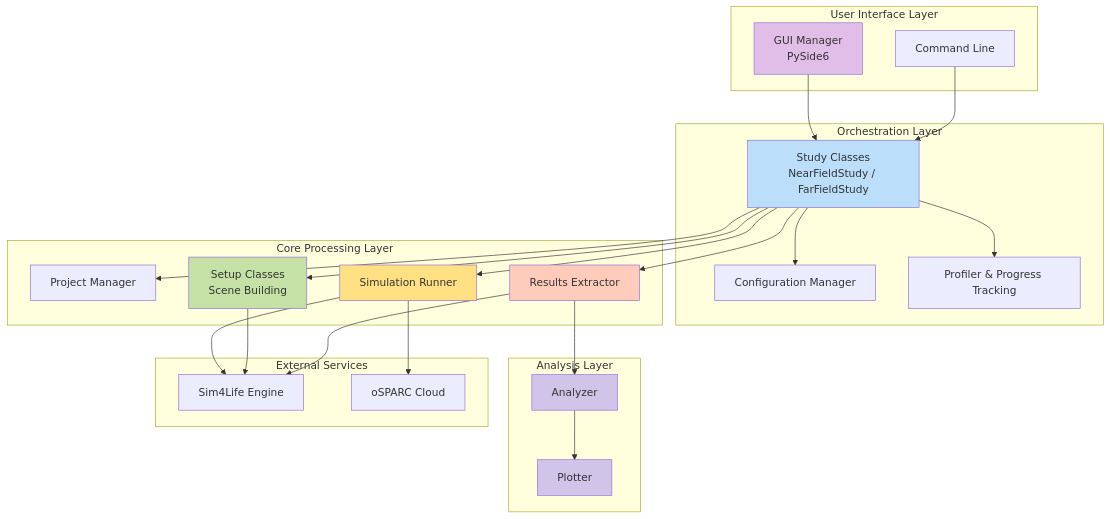
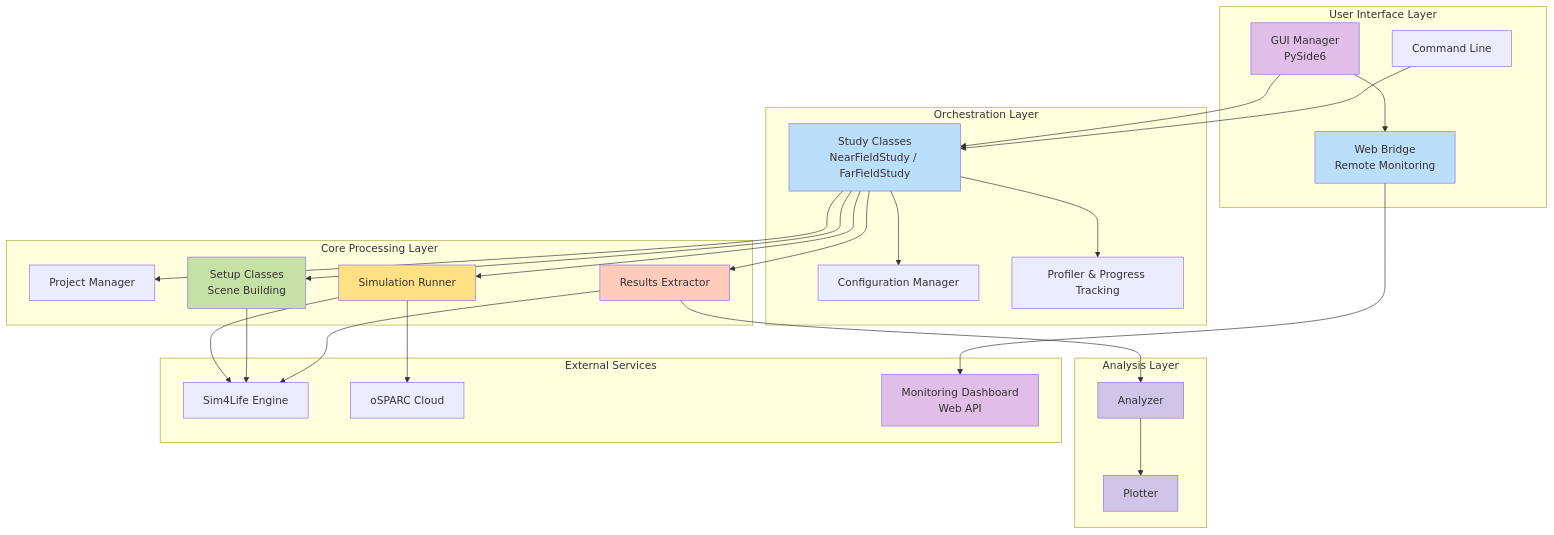
Before and after one commit to rwydaegh/goliat: the first of 2 diagrams in docs/developer_guide/technical_guide.md, drawn with Mermaid. The commit also changed 8 other files, not shown here.

````diff
--- a/docs/developer_guide/technical_guide.md
+++ b/docs/developer_guide/technical_guide.md
@@ -13,53 +13,59 @@
 ```mermaid
 graph TB
     subgraph "User Interface Layer"
         GUI[GUI Manager<br/>PySide6]
         CLI[Command Line]
+        WebBridge[Web Bridge<br/>Remote Monitoring]
     end
     
     subgraph "Orchestration Layer"
         Study[Study Classes<br/>NearFieldStudy / FarFieldStudy]
         Config[Configuration Manager]
         Profiler[Profiler & Progress Tracking]
     end
     
     subgraph "Core Processing Layer"
         PM[Project Manager]
         Setup[Setup Classes<br/>Scene Building]
         Runner[Simulation Runner]
         Extractor[Results Extractor]
     end
 
     subgraph "Analysis Layer"
         Analyzer[Analyzer]
         Plotter[Plotter]
     end
     
     subgraph "External Services"
         S4L[Sim4Life Engine]
         oSPARC[oSPARC Cloud]
+        Dashboard[Monitoring Dashboard<br/>Web API]
     end
     
     GUI --> Study
     CLI --> Study
+    GUI --> WebBridge
+    WebBridge --> Dashboard
     Study --> Config
     Study --> Profiler
     Study --> PM
     Study --> Setup
     Study --> Runner
     Study --> Extractor
     Extractor --> Analyzer
     Analyzer --> Plotter
     Runner --> S4L
     Runner --> oSPARC
     Setup --> S4L
     Extractor --> S4L
     
     style GUI fill:#E1BEE7
+    style WebBridge fill:#BBDEFB
     style Study fill:#BBDEFB
     style Setup fill:#C5E1A5
     style Runner fill:#FFE082
     style Extractor fill:#FFCCBC
     style Analyzer fill:#D1C4E9
     style Plotter fill:#D1C4E9
+    style Dashboard fill:#E1BEE7
 ```
````
